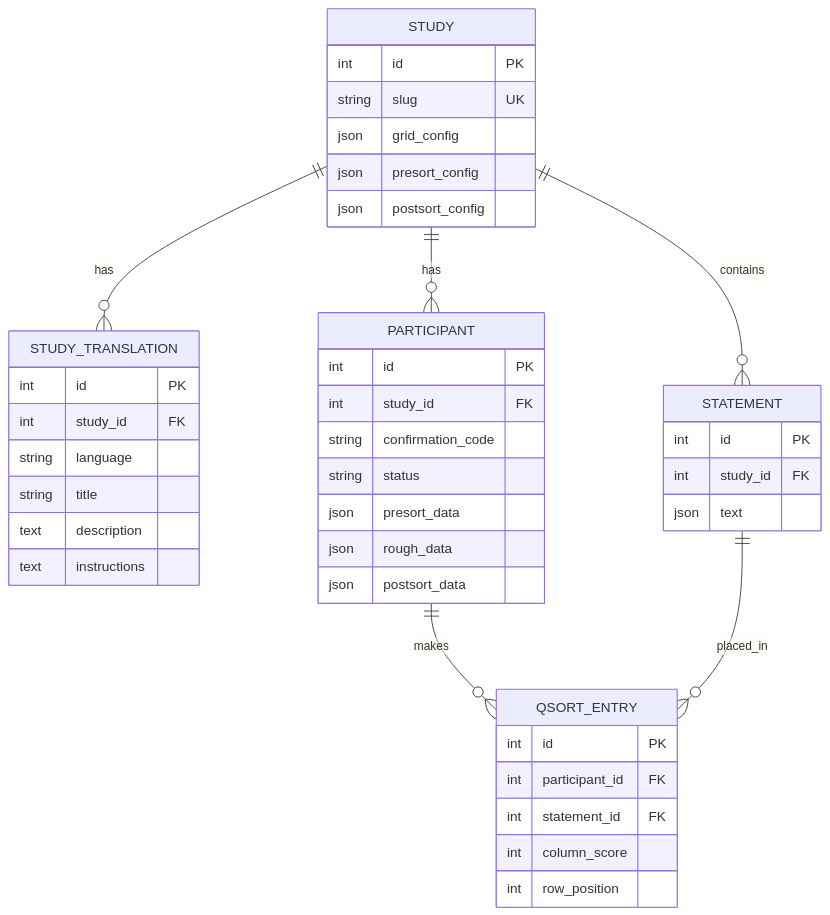
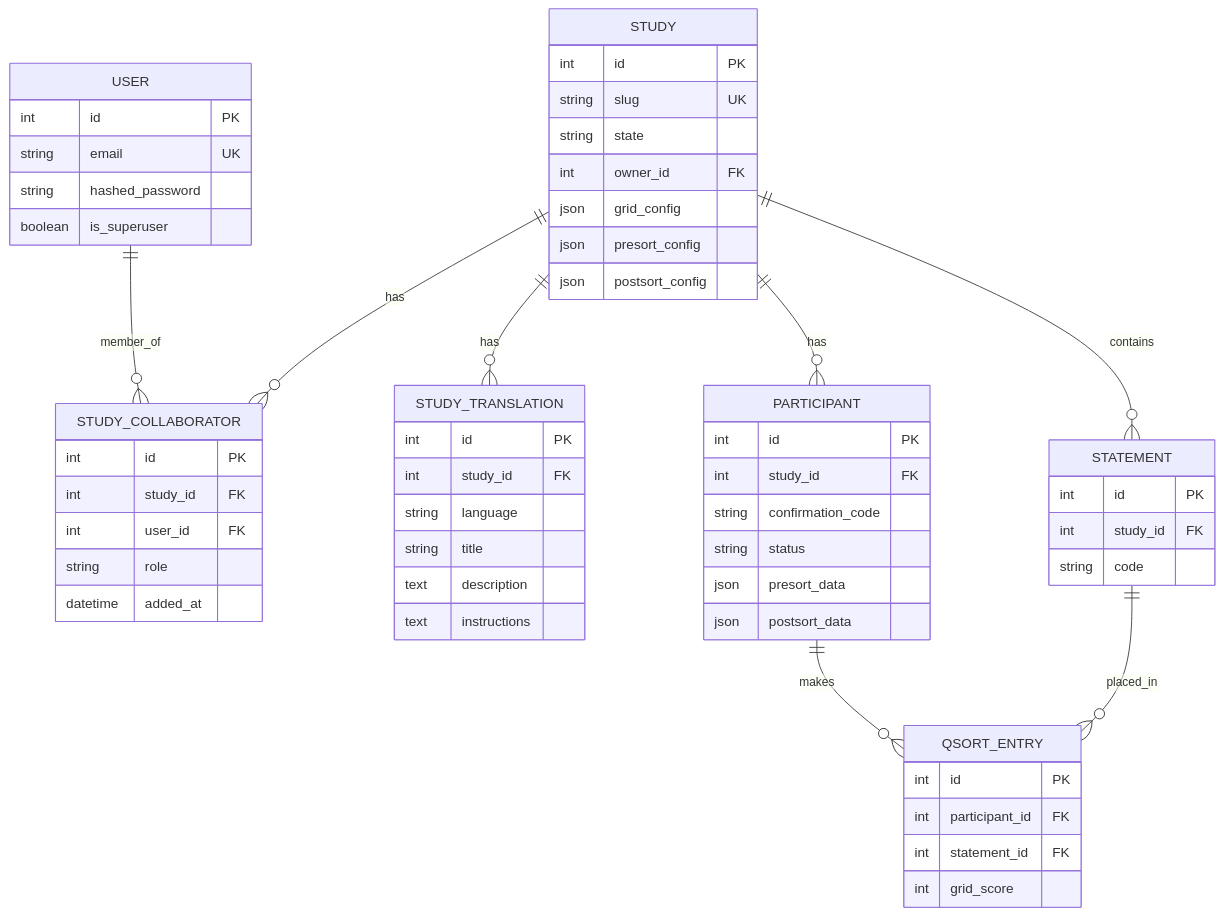
The third of 5 diagrams in docs/explanation/architecture.md (jvastenaekels/qualis), drawn with Mermaid before and after one commit. The commit also changed other lines of this file and 5 other files, not shown here.

````diff
--- a/docs/explanation/architecture.md
+++ b/docs/explanation/architecture.md
@@ -104,49 +104,66 @@
 ```mermaid
 erDiagram
+    USER ||--o{ STUDY_COLLABORATOR : member_of
+    STUDY ||--o{ STUDY_COLLABORATOR : has
     STUDY ||--o{ STUDY_TRANSLATION : has
     STUDY ||--o{ STATEMENT : contains
     STUDY ||--o{ PARTICIPANT : has
     PARTICIPANT ||--o{ QSORT_ENTRY : makes
     STATEMENT ||--o{ QSORT_ENTRY : placed_in
 
+    USER {
+        int id PK
+        string email UK
+        string hashed_password
+        boolean is_superuser
+    }
+
     STUDY {
         int id PK
         string slug UK
+        string state
+        int owner_id FK
         json grid_config
         json presort_config
         json postsort_config
+    }
+
+    STUDY_COLLABORATOR {
+        int id PK
+        int study_id FK
+        int user_id FK
+        string role
+        datetime added_at
     }
 
     STUDY_TRANSLATION {
         int id PK
         int study_id FK
         string language
         string title
         text description
         text instructions
     }
 
     STATEMENT {
         int id PK
         int study_id FK
-        json text
+        string code
     }
 
     PARTICIPANT {
         int id PK
         int study_id FK
         string confirmation_code
         string status
         json presort_data
-        json rough_data
         json postsort_data
     }
 
     QSORT_ENTRY {
         int id PK
         int participant_id FK
         int statement_id FK
-        int column_score
-        int row_position
+        int grid_score
     }
 ```
````
